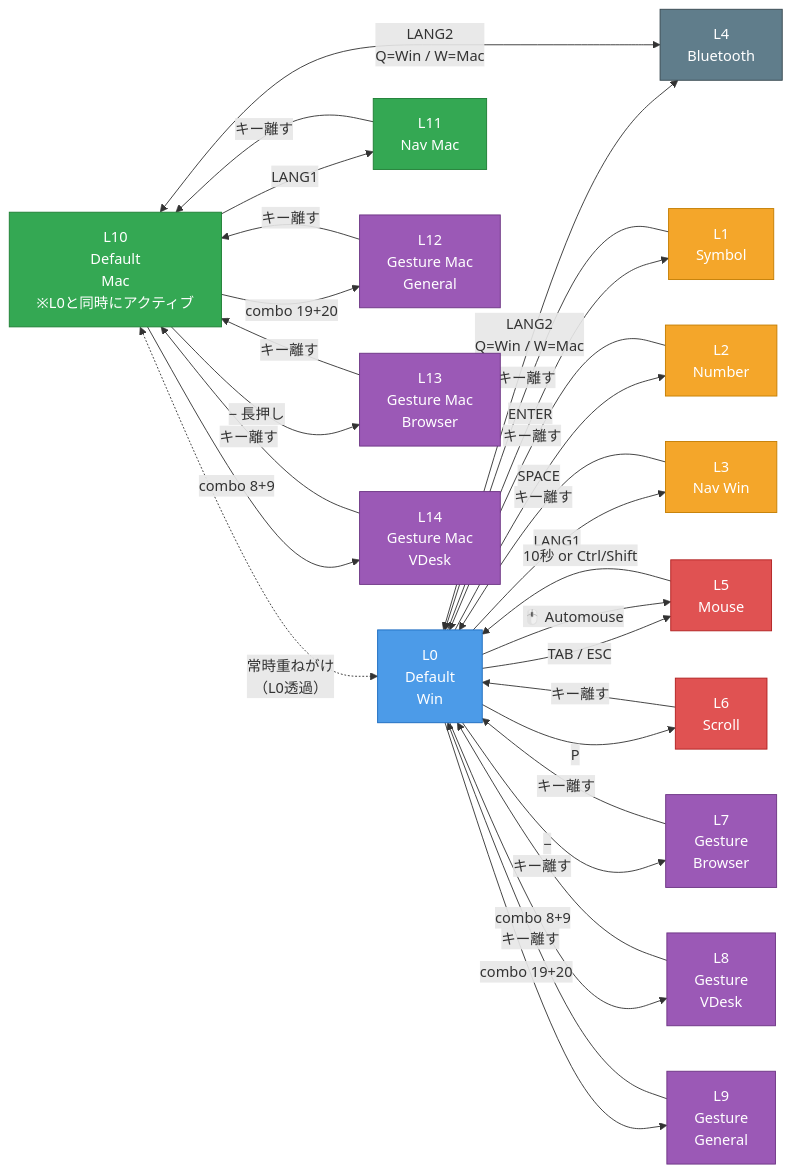
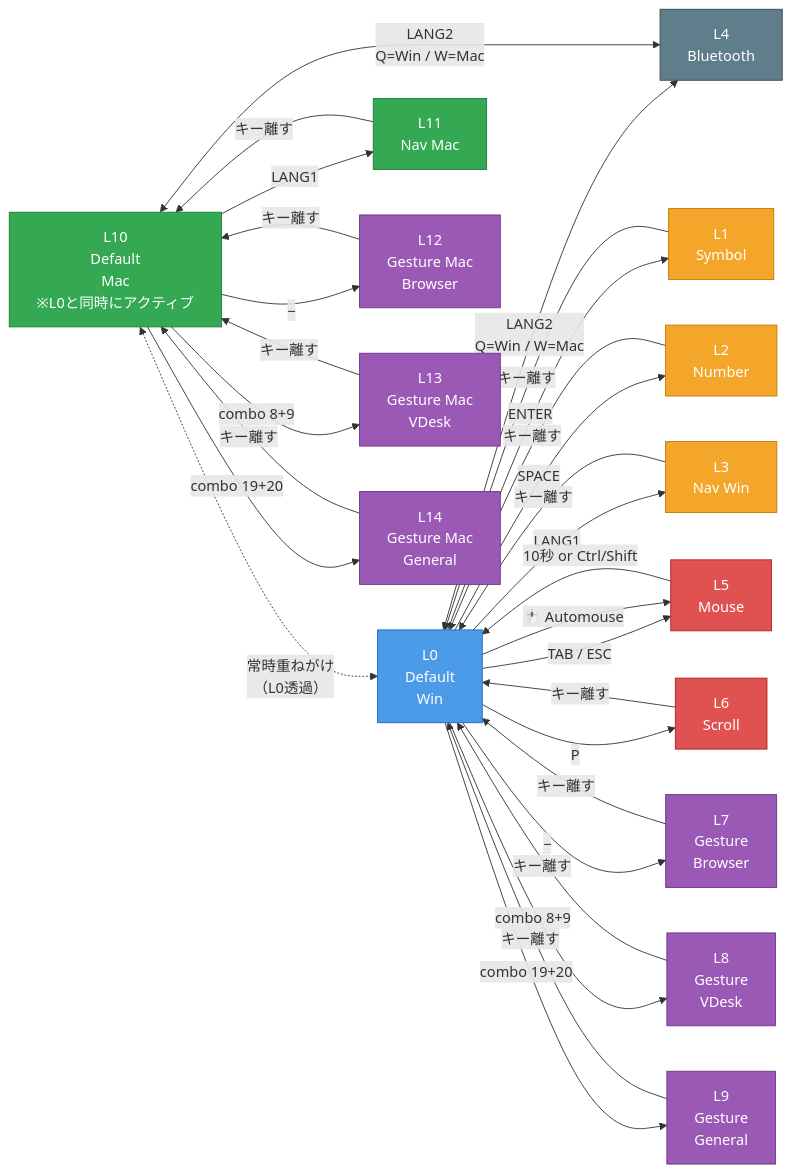
Before and after one commit to maylac/zmk-config-moNa2-v2: the diagram in README.md, drawn with Mermaid. The commit also changed other lines of this file and 1 other file, not shown here.

Commit message:
fix: READMEのMacジェスチャー遷移図とコンボaの修正
- フローチャートのL12/L13/L14ノードラベルを実態に合わせて修正
  (General/Browser/VDesk → Browser/VDesk/General)
- L10からの遷移トリガーを正しく修正
  (combo 19+20/−長押し/combo 8+9 → −/combo 8+9/combo 19+20)
- コンボ表から存在しないエントリ(11+12, 39+38)を削除
- block_automouse_keys コンボを表に追加
- コンボノード名 `a` → `block_automouse_keys` にリネーム、コメント追加

````diff
--- a/README.md
+++ b/README.md
@@ -32,55 +32,55 @@
 ```mermaid
 flowchart LR
     classDef base    fill:#4C9BE8,stroke:#1a6abf,color:#fff
     classDef mac     fill:#34A853,stroke:#1e7e34,color:#fff
     classDef func    fill:#F4A62A,stroke:#c47d00,color:#fff
     classDef mouse   fill:#E05252,stroke:#b02020,color:#fff
     classDef gesture fill:#9B59B6,stroke:#6c3483,color:#fff
     classDef bt      fill:#607D8B,stroke:#37474F,color:#fff
 
     L0["L0\nDefault\nWin"]:::base
     L10["L10\nDefault\nMac\n※L0と同時にアクティブ"]:::mac
     L4["L4\nBluetooth"]:::bt
     L1["L1\nSymbol"]:::func
     L2["L2\nNumber"]:::func
     L3["L3\nNav Win"]:::func
     L11["L11\nNav Mac"]:::mac
-    L12["L12\nGesture Mac\nGeneral"]:::gesture
-    L13["L13\nGesture Mac\nBrowser"]:::gesture
-    L14["L14\nGesture Mac\nVDesk"]:::gesture
+    L12["L12\nGesture Mac\nBrowser"]:::gesture
+    L13["L13\nGesture Mac\nVDesk"]:::gesture
+    L14["L14\nGesture Mac\nGeneral"]:::gesture
     L5["L5\nMouse"]:::mouse
     L6["L6\nScroll"]:::mouse
     L7["L7\nGesture\nBrowser"]:::gesture
     L8["L8\nGesture\nVDesk"]:::gesture
     L9["L9\nGesture\nGeneral"]:::gesture
 
     %% BT切替
     L0 <-->|"LANG2\nQ=Win / W=Mac"| L4
     L10 <-->|"LANG2\nQ=Win / W=Mac"| L4
 
     %% L0からの遷移（Win・Mac共通）
     L0 -->|"ENTER"| L1
     L0 -->|"SPACE"| L2
     L0 -->|"LANG1"| L3
     L0 -->|"TAB / ESC"| L5
     L0 -->|"P"| L6
     L0 -->|"−"| L7
     L0 -->|"combo 8+9"| L8
     L0 -->|"combo 19+20"| L9
     L0 -->|"🖱️ Automouse"| L5
 
     %% 戻り
     L1 & L2 & L3 & L6 & L7 & L8 & L9 -->|"キー離す"| L0
     L5 -->|"10秒 or Ctrl/Shift"| L0
 
     %% L10はL0と同時にアクティブ → L0の全遷移が使える
     L10 <-.->|"常時重ねがけ\n（L0透過）"| L0
 
     %% L10のみ異なる遷移
     L10 -->|"LANG1"| L11
-    L10 -->|"combo 19+20"| L12
-    L10 -->|"− 長押し"| L13
-    L10 -->|"combo 8+9"| L14
+    L10 -->|"−"| L12
+    L10 -->|"combo 8+9"| L13
+    L10 -->|"combo 19+20"| L14
     L11 -->|"キー離す"| L10
     L12 & L13 & L14 -->|"キー離す"| L10
 ```
````
